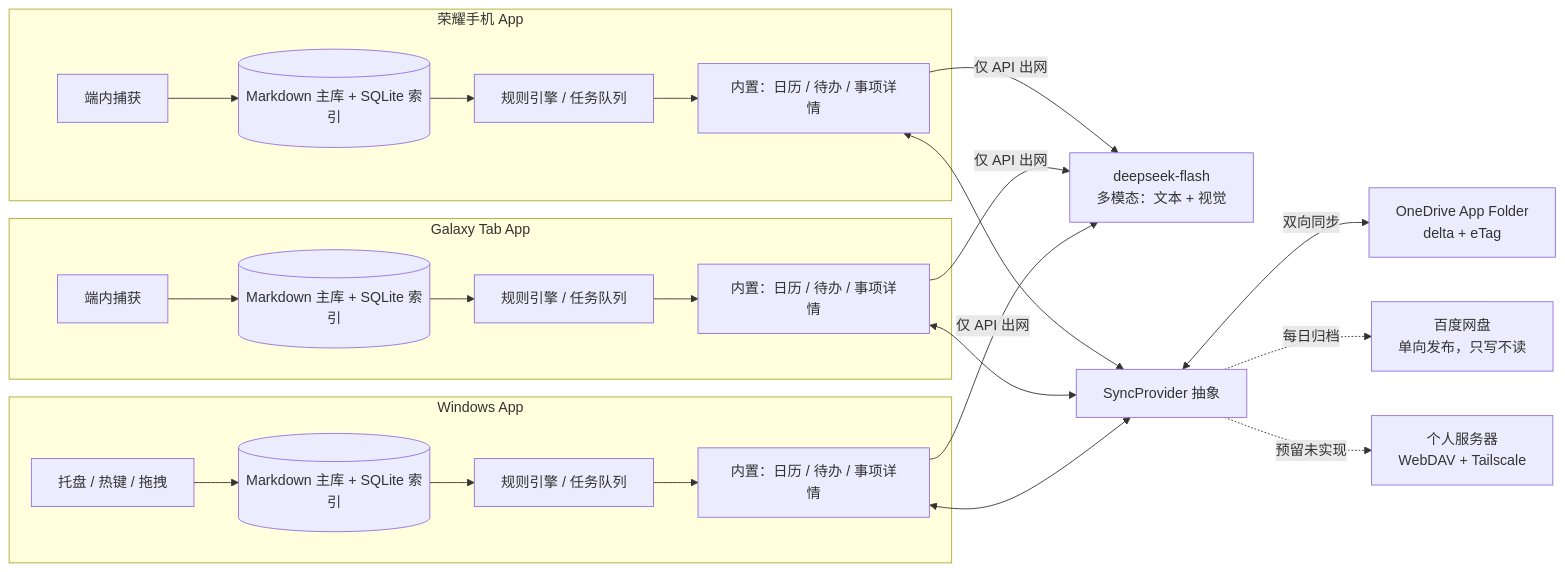
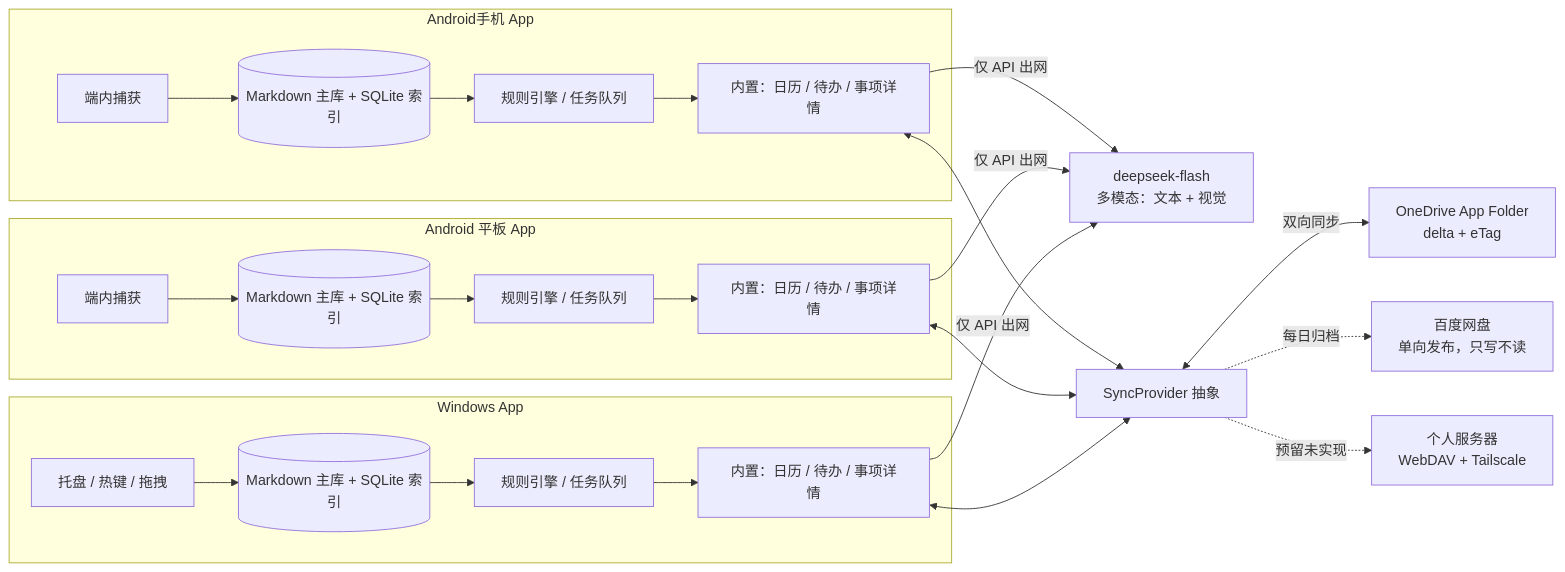
The diagram in docs/personal-ai-inbox-executable-plan.md (YuanFangCH/personal-ai-inbox), drawn with Mermaid before and after one commit. The commit also changed other lines of this file and 23 other files, not shown here.

````diff
--- a/docs/personal-ai-inbox-executable-plan.md
+++ b/docs/personal-ai-inbox-executable-plan.md
@@ -299,27 +299,27 @@
 ```mermaid
 flowchart LR
-    subgraph PH[荣耀手机 App]
+    subgraph PH[Android手机 App]
       PA[端内捕获] --> PB[(Markdown 主库 + SQLite 索引)]
       PB --> PC[规则引擎 / 任务队列]
       PC --> PD[内置：日历 / 待办 / 事项详情]
     end
-    subgraph TB[Galaxy Tab App]
+    subgraph TB[Android 平板 App]
       TA[端内捕获] --> TB2[(Markdown 主库 + SQLite 索引)]
       TB2 --> TC[规则引擎 / 任务队列]
       TC --> TD[内置：日历 / 待办 / 事项详情]
     end
     subgraph WIN[Windows App]
       WA[托盘 / 热键 / 拖拽] --> WB[(Markdown 主库 + SQLite 索引)]
       WB --> WC[规则引擎 / 任务队列]
       WC --> WD[内置：日历 / 待办 / 事项详情]
     end
     PD -->|仅 API 出网| CL[deepseek-flash<br/>多模态：文本 + 视觉]
     TD -->|仅 API 出网| CL
     WD -->|仅 API 出网| CL
     PD <--> SP[SyncProvider 抽象]
     TD <--> SP
     WD <--> SP
     SP <-->|双向同步| OD[OneDrive App Folder<br/>delta + eTag]
     SP -.->|每日归档| BD[百度网盘<br/>单向发布，只写不读]
     SP -.->|预留未实现| SV[个人服务器<br/>WebDAV + Tailscale]
 ```
````
